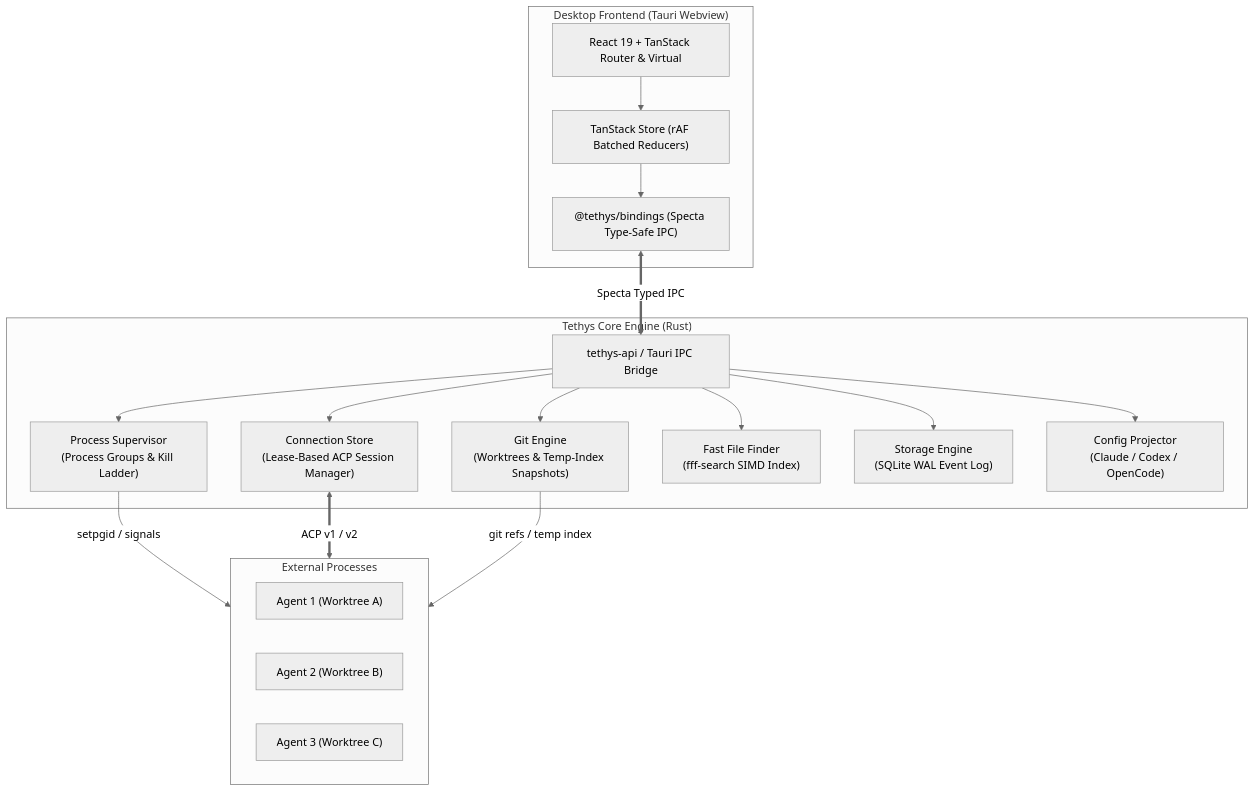
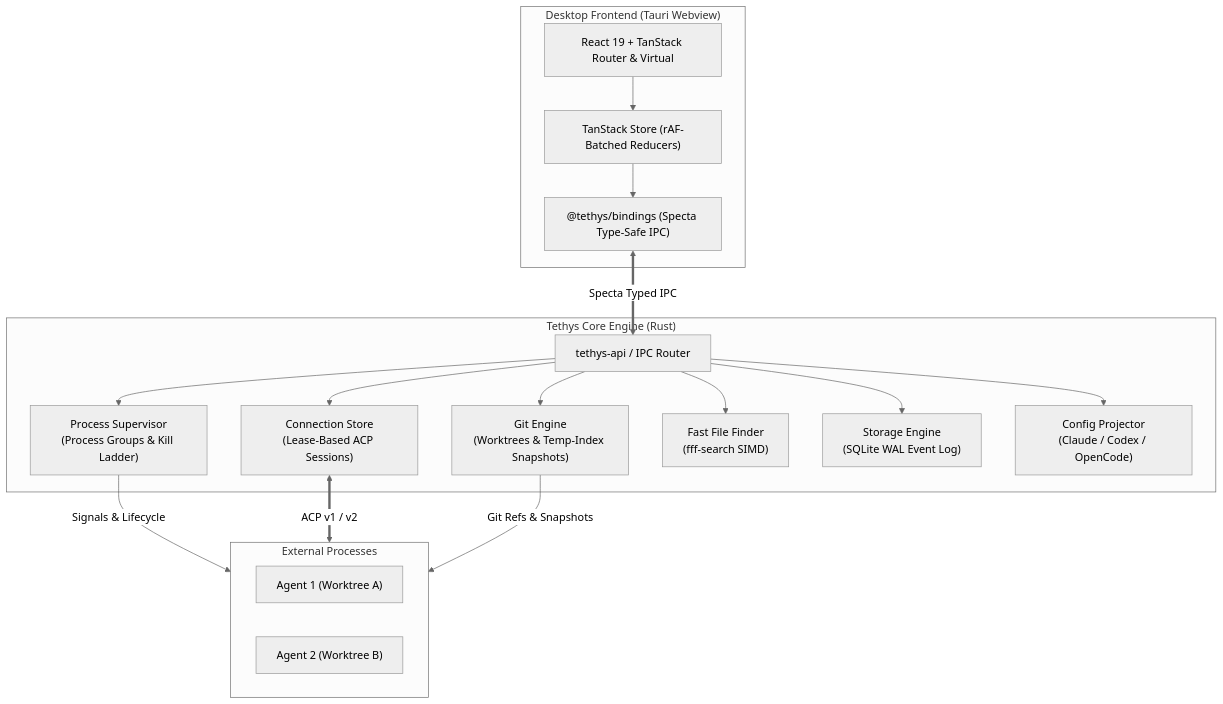
One commit to Noentic/tethys changed the diagram in README.md. Above: the diagram before and after it, drawn with Mermaid (neutral theme). The commit also changed other lines of this file, not shown here.

````diff
--- a/README.md
+++ b/README.md
@@ -61,38 +42,37 @@
 ```mermaid
 flowchart TB
-    subgraph UI ["Desktop Frontend (Tauri Webview)"]
-        React["React 19 + TanStack Router & Virtual"]
-        Store["TanStack Store (rAF Batched Reducers)"]
+    subgraph Frontend ["Desktop Frontend (Tauri Webview)"]
+        UI["React 19 + TanStack Router & Virtual"]
+        Store["TanStack Store (rAF-Batched Reducers)"]
         Bindings["@tethys/bindings (Specta Type-Safe IPC)"]
-        React --> Store
+        UI --> Store
         Store --> Bindings
     end
 
     subgraph Core ["Tethys Core Engine (Rust)"]
-        Bridge["tethys-api / Tauri IPC Bridge"]
+        Bridge["tethys-api / IPC Router"]
         Supervisor["Process Supervisor\n(Process Groups & Kill Ladder)"]
-        ConnStore["Connection Store\n(Lease-Based ACP Session Manager)"]
+        ConnStore["Connection Store\n(Lease-Based ACP Sessions)"]
         GitEngine["Git Engine\n(Worktrees & Temp-Index Snapshots)"]
-        SearchEngine["Fast File Finder\n(fff-search SIMD Index)"]
-        EventStore["Storage Engine\n(SQLite WAL Event Log)"]
+        Search["Fast File Finder\n(fff-search SIMD)"]
+        Storage["Storage Engine\n(SQLite WAL Event Log)"]
         Projector["Config Projector\n(Claude / Codex / OpenCode)"]
 
         Bridge --> Supervisor
         Bridge --> ConnStore
         Bridge --> GitEngine
-        Bridge --> SearchEngine
-        Bridge --> EventStore
+        Bridge --> Search
+        Bridge --> Storage
         Bridge --> Projector
     end
 
-    subgraph Agents ["External Processes"]
+    subgraph Processes ["External Processes"]
         AgentA["Agent 1 (Worktree A)"]
         AgentB["Agent 2 (Worktree B)"]
-        AgentC["Agent 3 (Worktree C)"]
     end
 
     Bindings <==>|"Specta Typed IPC"| Bridge
-    Supervisor -->|"setpgid / signals"| Agents
-    ConnStore <==>|"ACP v1 / v2"| Agents
-    GitEngine -->|"git refs / temp index"| Agents
+    Supervisor -->|"Signals & Lifecycle"| Processes
+    ConnStore <==>|"ACP v1 / v2"| Processes
+    GitEngine -->|"Git Refs & Snapshots"| Processes
 ```
````
